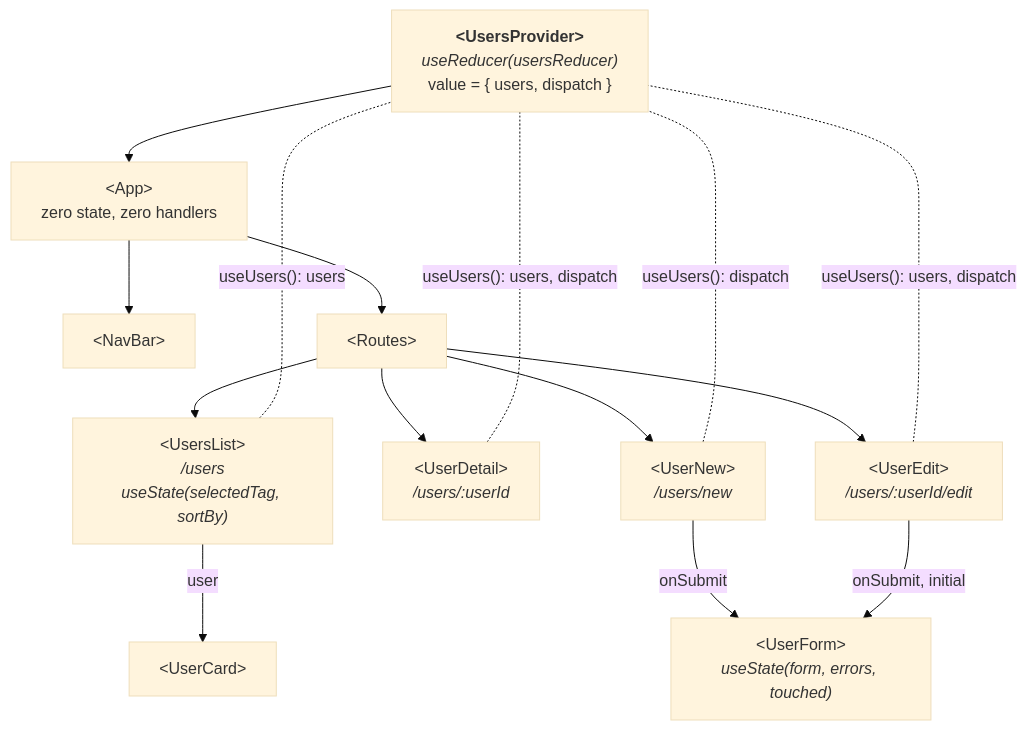
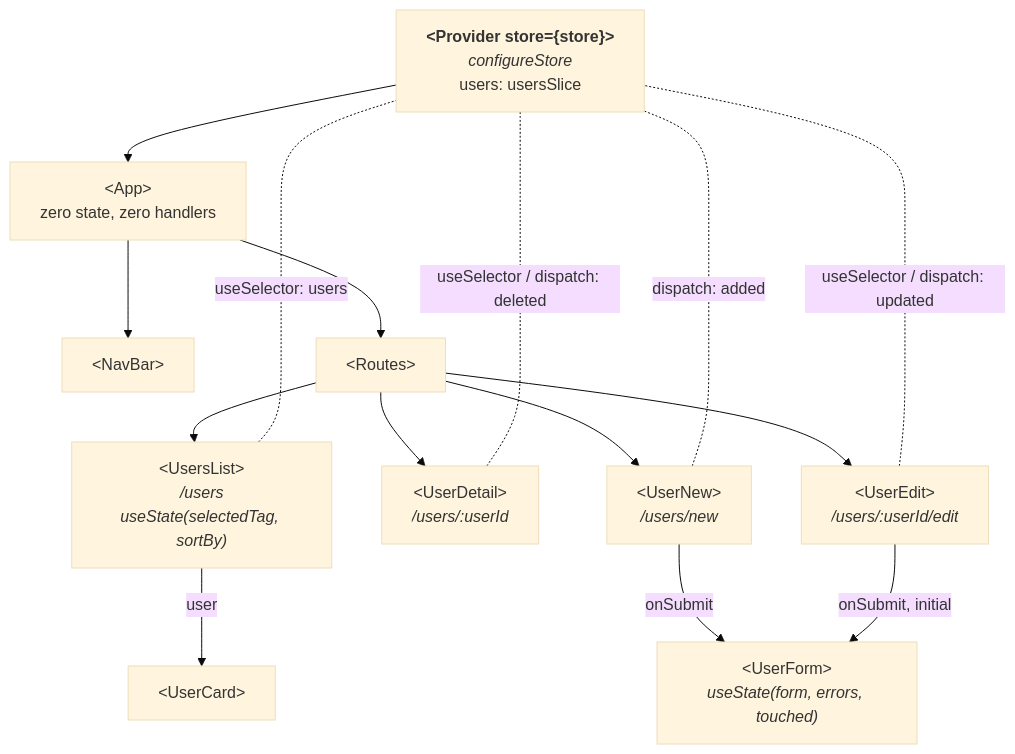
Before and after one commit to ahpoise/reactjs-course-resources: the diagram in session-10/cfu-redux-toolkit/README.md, drawn with Mermaid (base theme). The commit also changed other lines of this file and 1 other file, not shown here.

````diff
--- a/session-10/cfu-redux-toolkit/README.md
+++ b/session-10/cfu-redux-toolkit/README.md
@@ -20,29 +20,29 @@
 ```mermaid
 flowchart TB
-    UsersProvider["<b>&lt;UsersProvider&gt;</b><br/><i>useReducer(usersReducer)</i><br/>value = { users, dispatch }"]
+    Provider["<b>&lt;Provider store={store}&gt;</b><br/><i>configureStore</i><br/>users: usersSlice"]
     App["&lt;App&gt;<br/>zero state, zero handlers"]
     NavBar["&lt;NavBar&gt;"]
     Routes["&lt;Routes&gt;"]
     UsersList["&lt;UsersList&gt;<br/><i>/users</i><br/><i>useState(selectedTag, sortBy)</i>"]
     UserDetail["&lt;UserDetail&gt;<br/><i>/users/:userId</i>"]
     UserNew["&lt;UserNew&gt;<br/><i>/users/new</i>"]
     UserEdit["&lt;UserEdit&gt;<br/><i>/users/:userId/edit</i>"]
     UserForm["&lt;UserForm&gt;<br/><i>useState(form, errors, touched)</i>"]
     UserCard["&lt;UserCard&gt;"]
 
-    UsersProvider --> App
+    Provider --> App
     App --> NavBar
     App --> Routes
     Routes --> UsersList
     Routes --> UserDetail
     Routes --> UserNew
     Routes --> UserEdit
     UsersList -- "user" --> UserCard
     UserNew -- "onSubmit" --> UserForm
     UserEdit -- "onSubmit, initial" --> UserForm
 
-    UsersList -. "useUsers(): users" .- UsersProvider
-    UserDetail -. "useUsers(): users, dispatch" .- UsersProvider
-    UserEdit -. "useUsers(): users, dispatch" .- UsersProvider
-    UserNew -. "useUsers(): dispatch" .- UsersProvider
+    UsersList -. "useSelector: users" .- Provider
+    UserDetail -. "useSelector / dispatch: deleted" .- Provider
+    UserEdit -. "useSelector / dispatch: updated" .- Provider
+    UserNew -. "dispatch: added" .- Provider
 ```
````
